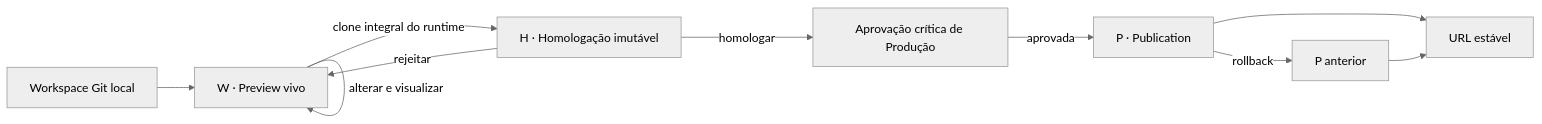
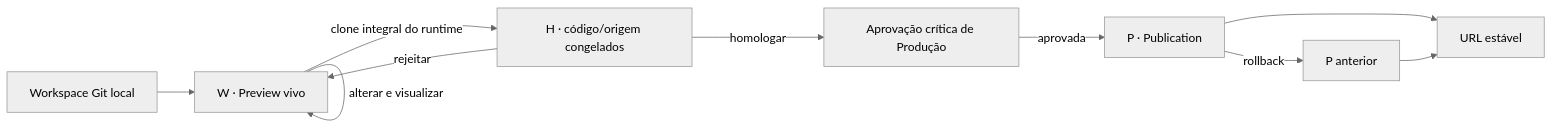
One commit to debianlima/cloudiff changed the fourth of 4 diagrams in docs/manual-tecnico/02-FLUXOS.md. Above: the diagram before and after it, drawn with Mermaid (neutral theme). The commit also changed other lines of this file and 24 other files, not shown here.

````diff
--- a/docs/manual-tecnico/02-FLUXOS.md
+++ b/docs/manual-tecnico/02-FLUXOS.md
@@ -86,12 +86,12 @@
 ```mermaid
 flowchart LR
   G[Workspace Git local] --> W[W · Preview vivo]
   W -->|alterar e visualizar| W
-  W -->|clone integral do runtime| H[H · Homologação imutável]
+  W -->|clone integral do runtime| H[H · código/origem congelados]
   H -->|rejeitar| W
   H -->|homologar| A[Aprovação crítica de Produção]
   A -->|aprovada| P[P · Publication]
   P --> S[URL estável]
   P -->|rollback| R[P anterior]
   R --> S
 ```
````
